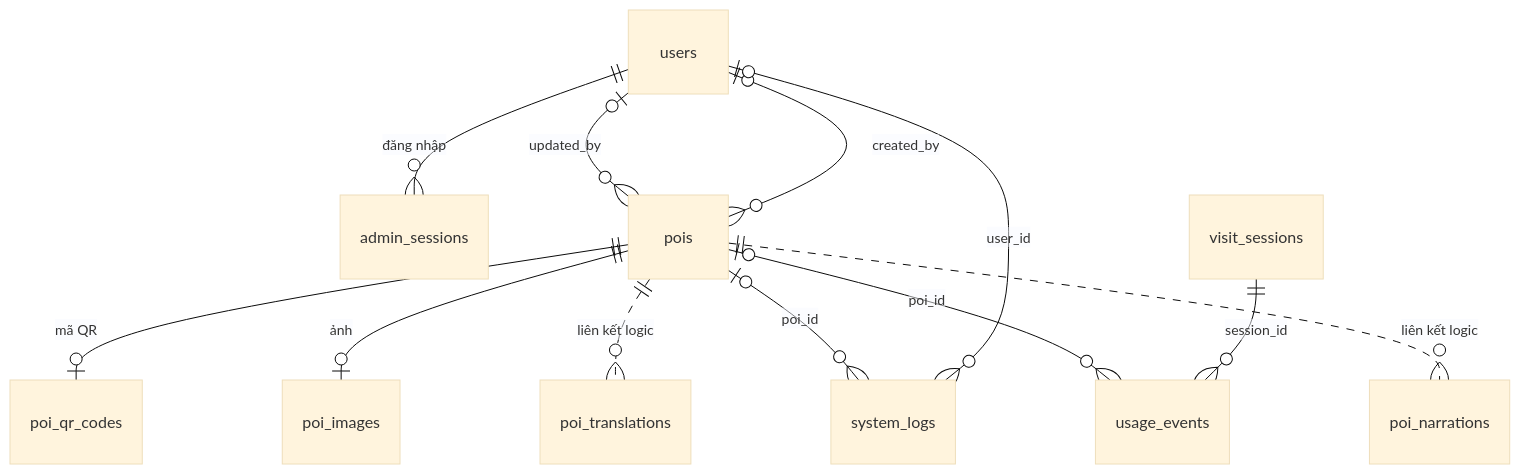
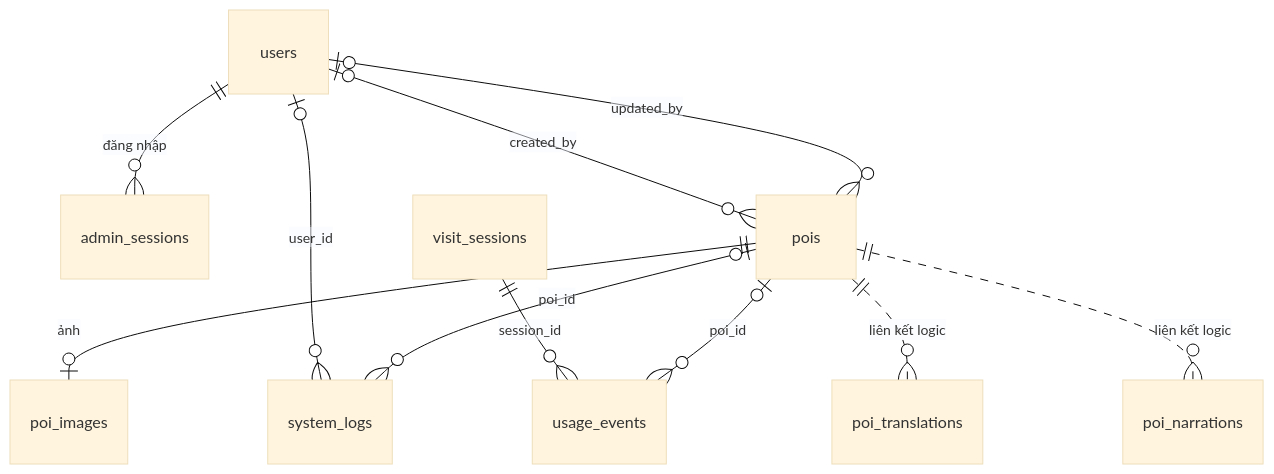
The diagram in docs/erd.md (Dihoccode1/Vinlook), drawn with Mermaid (base theme) before and after one commit. The commit also changed other lines of this file and 42 other files, not shown here.

````diff
--- a/docs/erd.md
+++ b/docs/erd.md
@@ -21,14 +21,13 @@
 ```mermaid
 erDiagram
     users ||--o{ admin_sessions : "đăng nhập"
     users o|--o{ pois : "created_by"
     users o|--o{ pois : "updated_by"
     users o|--o{ system_logs : "user_id"
-    pois ||--o| poi_qr_codes : "mã QR"
     pois ||--o| poi_images : "ảnh"
     pois o|--o{ system_logs : "poi_id"
     visit_sessions ||--o{ usage_events : "session_id"
     pois o|--o{ usage_events : "poi_id"
     pois ||..o{ poi_translations : "liên kết logic"
     pois ||..o{ poi_narrations : "liên kết logic"
 ```
````
